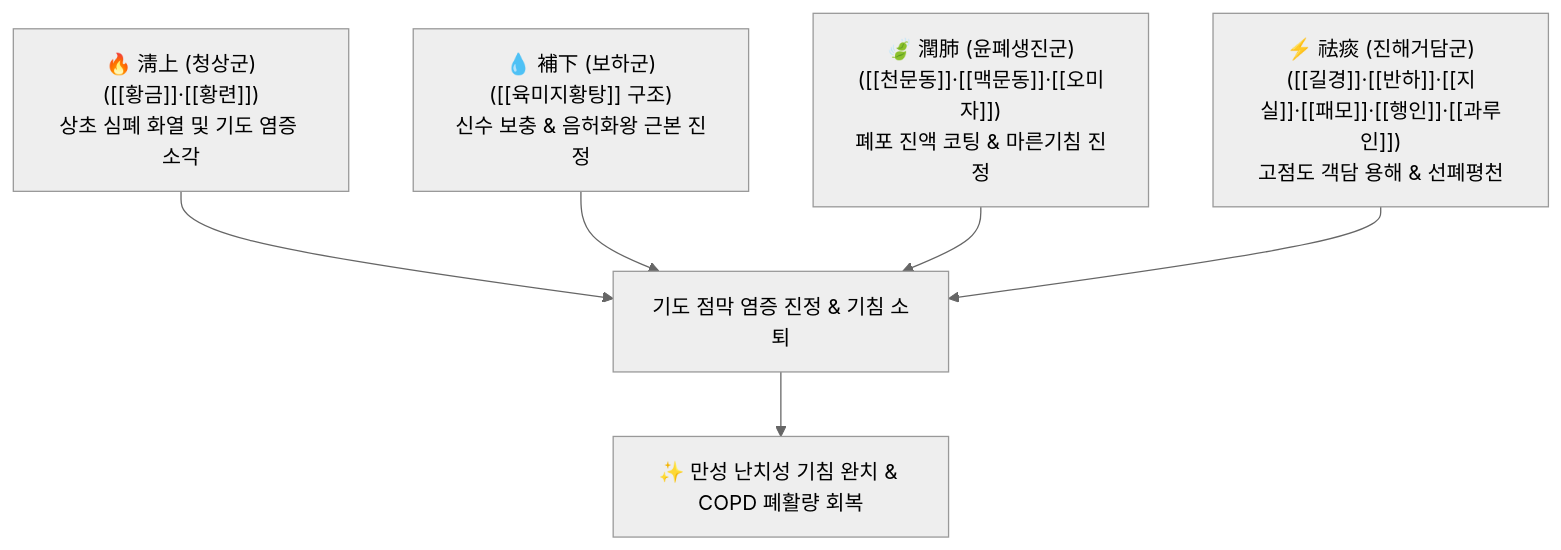
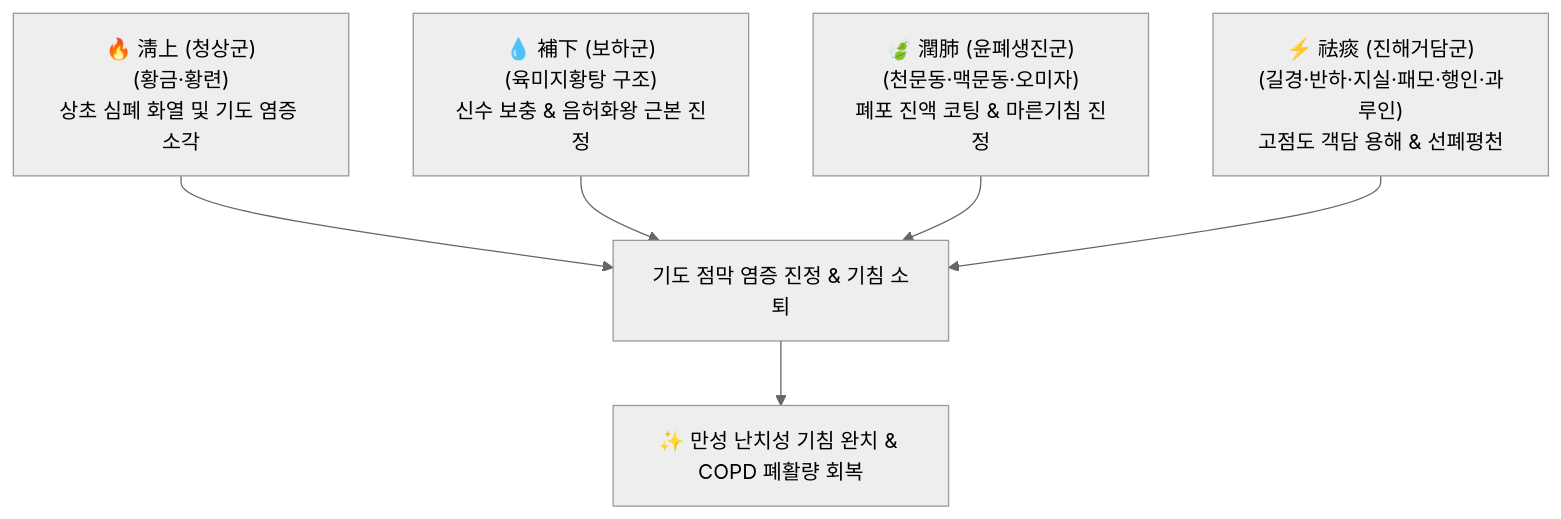
One commit to simbio11/simbio-digital-garden2 changed the diagram in content/2. 약리 공부/처방/03_화담·거습·이수제/청상보화환.md. Above: the diagram before and after it, drawn with Mermaid (neutral theme). The commit also changed other lines of this file and 122 other files, not shown here.

````diff
--- a/content/2. 약리 공부/처방/03_화담·거습·이수제/청상보화환.md
+++ b/content/2. 약리 공부/처방/03_화담·거습·이수제/청상보화환.md
@@ -59,8 +60,8 @@
 ```mermaid
 graph TD
-    UP["🔥 淸上 (청상군)<br>([[황금]]·[[황련]])<br>상초 심폐 화열 및 기도 염증 소각"] --> LUNG["기도 점막 염증 진정 & 기침 소퇴"]
-    DOWN["💧 補下 (보하군)<br>([[육미지황탕]] 구조)<br>신수 보충 & 음허화왕 근본 진정"] --> LUNG
-    MOIST["🍃 潤肺 (윤폐생진군)<br>([[천문동]]·[[맥문동]]·[[오미자]])<br>폐포 진액 코팅 & 마른기침 진정"] --> LUNG
-    EXP["⚡ 祛痰 (진해거담군)<br>([[길경]]·[[반하]]·[[지실]]·[[패모]]·[[행인]]·[[과루인]])<br>고점도 객담 용해 & 선폐평천"] --> LUNG
+    UP["🔥 淸上 (청상군)<br>(황금·황련)<br>상초 심폐 화열 및 기도 염증 소각"] --> LUNG["기도 점막 염증 진정 & 기침 소퇴"]
+    DOWN["💧 補下 (보하군)<br>(육미지황탕 구조)<br>신수 보충 & 음허화왕 근본 진정"] --> LUNG
+    MOIST["🍃 潤肺 (윤폐생진군)<br>(천문동·맥문동·오미자)<br>폐포 진액 코팅 & 마른기침 진정"] --> LUNG
+    EXP["⚡ 祛痰 (진해거담군)<br>(길경·반하·지실·패모·행인·과루인)<br>고점도 객담 용해 & 선폐평천"] --> LUNG
     LUNG --> OUTCOME["✨ 만성 난치성 기침 완치 & COPD 폐활량 회복"]
 ```
````
